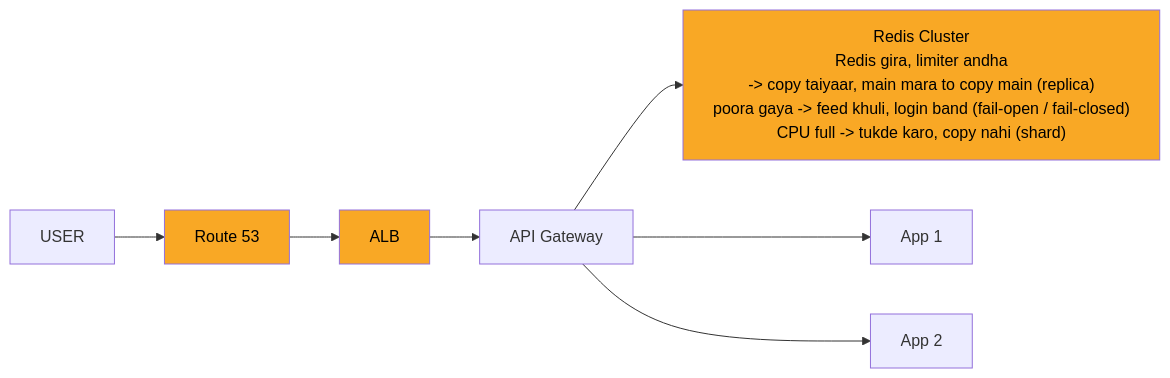
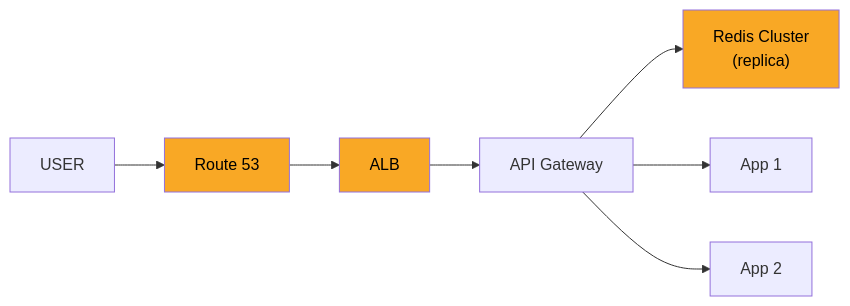
One commit to ArpanMaheshwari144/Prep changed the diagram in 04_HLD/SYSTEM_DESIGNS/02_rate_limiter/img/c4.mmd. Above: the diagram before and after it, drawn with Mermaid. The commit also changed 28 other files, not shown here.

Commit message:
hld rate limiter: peela dabba naam + (term), KIYA, c4 me PHIR? (Redis dheema -> shard)

```diff
--- a/04_HLD/SYSTEM_DESIGNS/02_rate_limiter/img/c4.mmd
+++ b/04_HLD/SYSTEM_DESIGNS/02_rate_limiter/img/c4.mmd
@@ -1,18 +1,18 @@
 %%{init: {"flowchart": {"wrappingWidth": 450}}}%%
 flowchart LR
     n_USER["USER"]
     n_Route_53["Route 53"]
     n_ALB["ALB"]
     n_API_Gateway["API Gateway"]
-    n_Redis_Cluster["Redis Cluster<br/>Redis gira, limiter andha<br/>-> copy taiyaar, main mara to copy main (replica)<br/>poora gaya -> feed khuli, login band (fail-open / fail-closed)<br/>CPU full -> tukde karo, copy nahi (shard)"]
+    n_Redis_Cluster["Redis Cluster<br/>(replica)"]
     n_App_x_N_1["App 1"]
     n_App_x_N_2["App 2"]
     n_USER --> n_Route_53
     n_Route_53 --> n_ALB
     n_ALB --> n_API_Gateway
     n_API_Gateway --> n_Redis_Cluster
     n_API_Gateway --> n_App_x_N_1
     n_API_Gateway --> n_App_x_N_2
     style n_Redis_Cluster fill:#f9a825,color:#000
     style n_Route_53 fill:#f9a825,color:#000
     style n_ALB fill:#f9a825,color:#000
```
